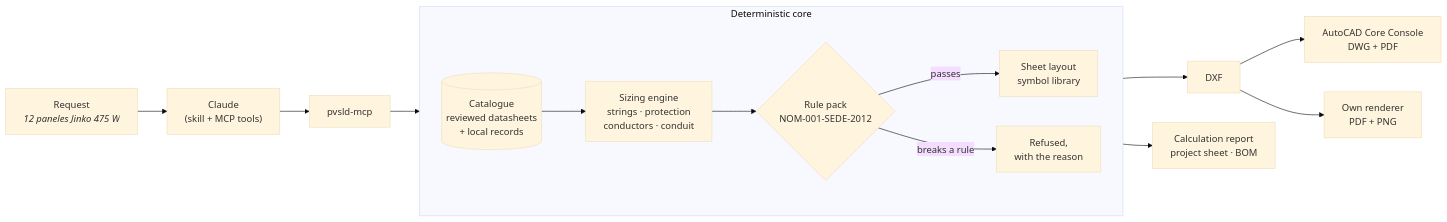
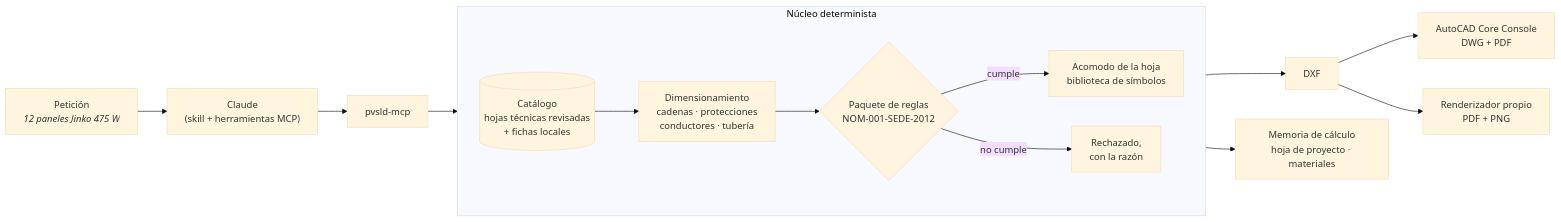
Before and after one commit to edu3250/Diagrama-unifilarAutoCAD: the diagram in README.md, drawn with Mermaid (base theme). The commit also changed other lines of this file and 1 other file, not shown here.

````diff
--- a/README.md
+++ b/README.md
@@ -307,17 +303,17 @@
 ```mermaid
 flowchart LR
-    U["Request<br/><i>12 paneles Jinko 475 W</i>"] --> C["Claude<br/>(skill + MCP tools)"]
+    U["Petición<br/><i>12 paneles Jinko 475 W</i>"] --> C["Claude<br/>(skill + herramientas MCP)"]
     C --> S["pvsld-mcp"]
-    subgraph core["Deterministic core"]
+    subgraph core["Núcleo determinista"]
         direction LR
-        K[("Catalogue<br/>reviewed datasheets<br/>+ local records")] --> Z["Sizing engine<br/>strings · protection<br/>conductors · conduit"]
-        Z --> V{"Rule pack<br/>NOM-001-SEDE-2012"}
-        V -->|passes| L["Sheet layout<br/>symbol library"]
-        V -->|breaks a rule| X["Refused,<br/>with the reason"]
+        K[("Catálogo<br/>hojas técnicas revisadas<br/>+ fichas locales")] --> Z["Dimensionamiento<br/>cadenas · protecciones<br/>conductores · tubería"]
+        Z --> V{"Paquete de reglas<br/>NOM-001-SEDE-2012"}
+        V -->|cumple| L["Acomodo de la hoja<br/>biblioteca de símbolos"]
+        V -->|no cumple| X["Rechazado,<br/>con la razón"]
     end
     S --> K
     L --> D["DXF"]
     D --> A["AutoCAD Core Console<br/>DWG + PDF"]
-    D --> P["Own renderer<br/>PDF + PNG"]
-    L --> R["Calculation report<br/>project sheet · BOM"]
+    D --> P["Renderizador propio<br/>PDF + PNG"]
+    L --> R["Memoria de cálculo<br/>hoja de proyecto · materiales"]
 ```
````
